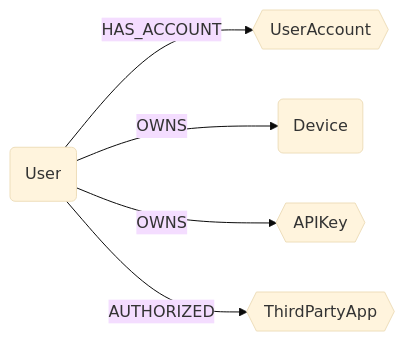
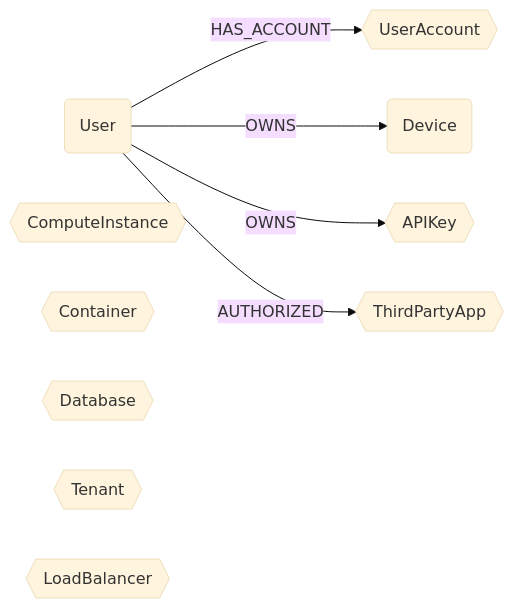
One commit to cartography-cncf/cartography changed the diagram in docs/root/modules/ontology/schema.md. Above: the diagram before and after it, drawn with Mermaid (base theme). The commit also changed other lines of this file and 14 other files, not shown here.

Commit message:
add LoadBalancer to the ontology

````diff
--- a/docs/root/modules/ontology/schema.md
+++ b/docs/root/modules/ontology/schema.md
@@ -6,8 +6,13 @@
 ```mermaid
 graph LR
 
 U(User) -- HAS_ACCOUNT --> UA{{UserAccount}}
 U -- OWNS --> CC(Device)
 U -- OWNS --> AK{{APIKey}}
 U -- AUTHORIZED --> OA{{ThirdPartyApp}}
+CI{{ComputeInstance}}
+CT{{Container}}
+DB{{Database}}
+TN{{Tenant}}
+LB{{LoadBalancer}}
 ```
````
